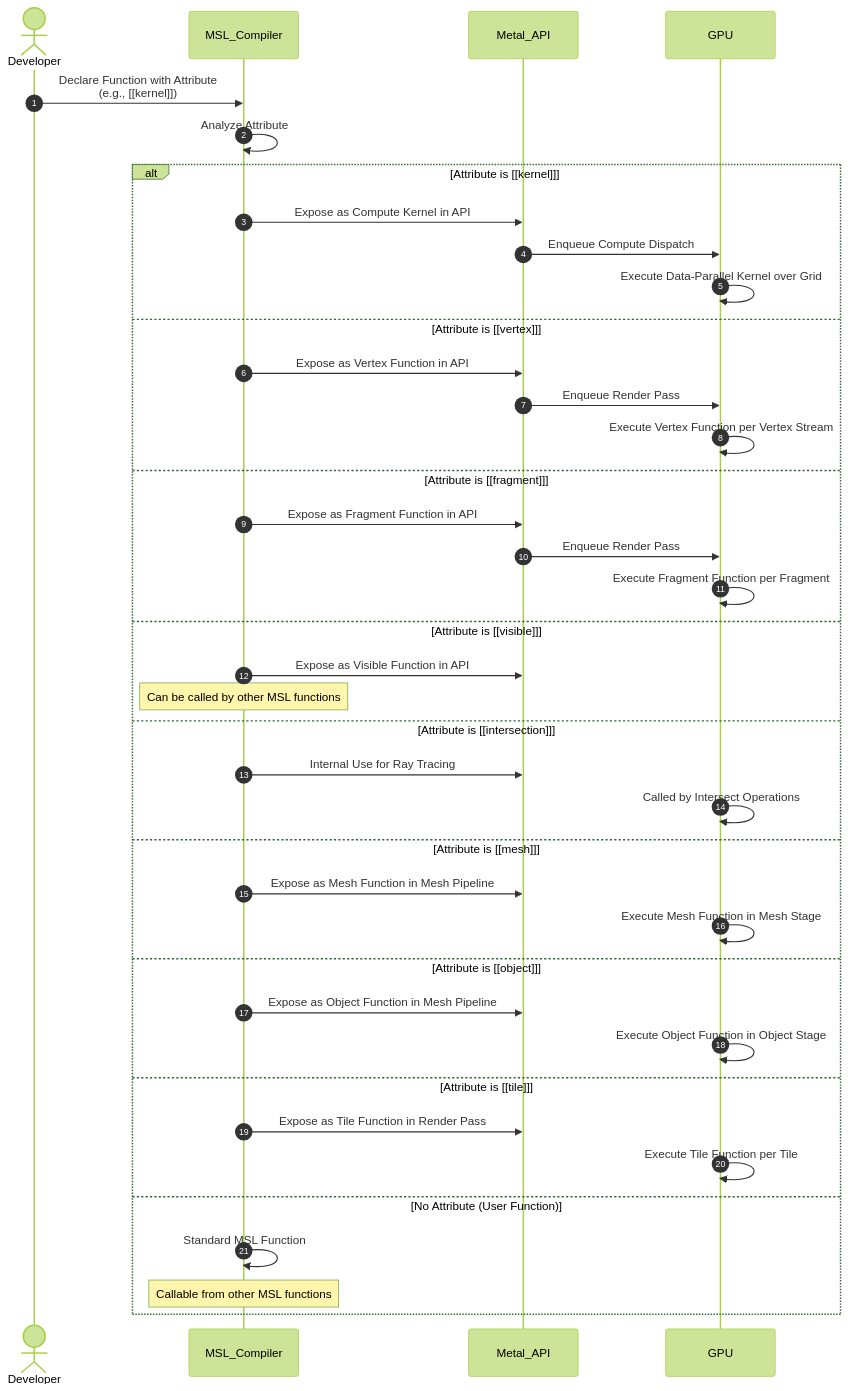
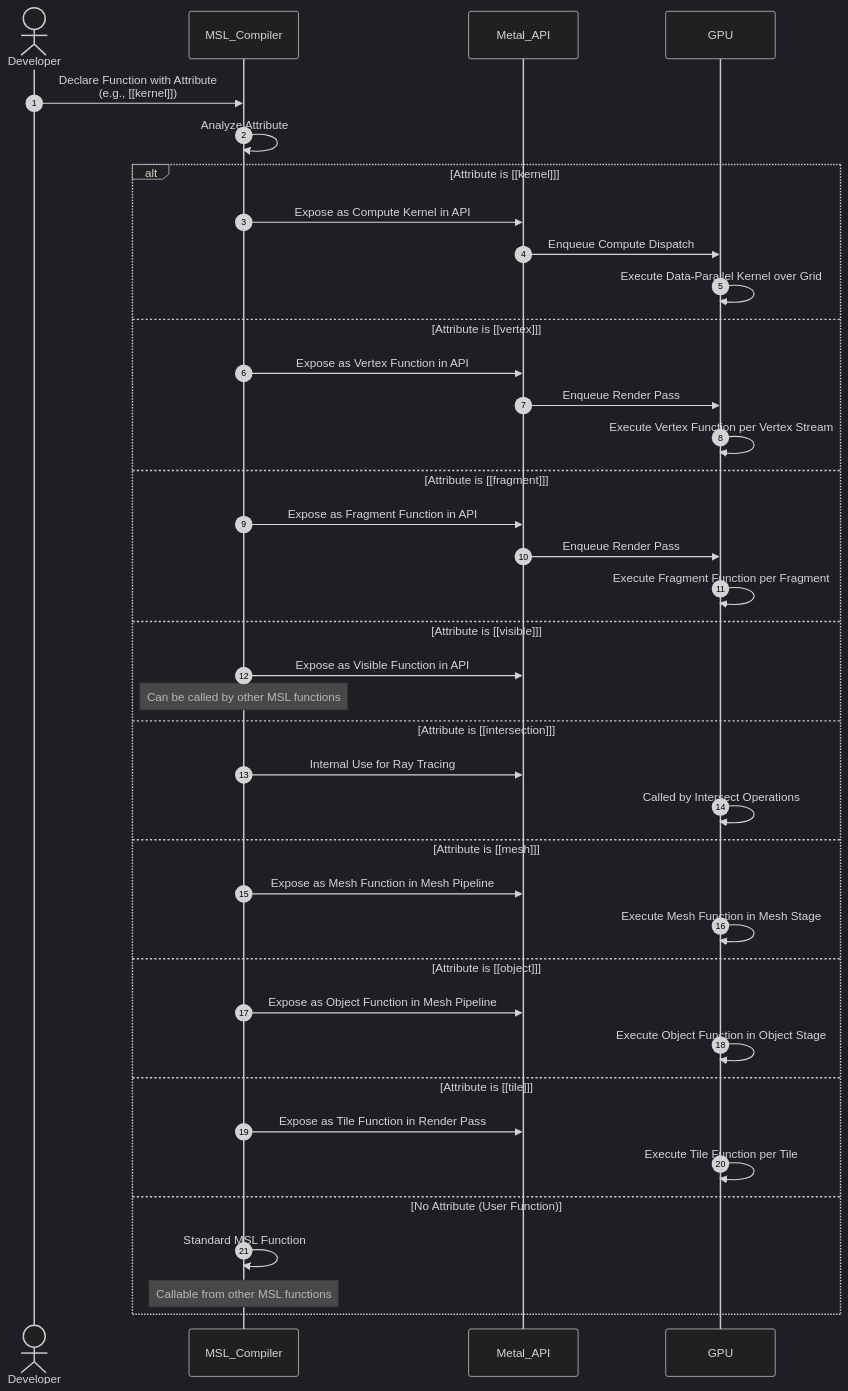
The sixth of 6 diagrams in Metal-Shading-Language-Specification-V3-2/Metal_Shading_Language_Specification_V3-2.md (CongLeSolutionX/iOS-development-vault), drawn with Mermaid before and after one commit.

````diff
--- a/Metal-Shading-Language-Specification-V3-2/Metal_Shading_Language_Specification_V3-2.md
+++ b/Metal-Shading-Language-Specification-V3-2/Metal_Shading_Language_Specification_V3-2.md
@@ -431,47 +431,48 @@
 ```mermaid
 ---
 config:
-  theme: forest
+  look: handDrawn
+  theme: dark
 ---
 sequenceDiagram
 	autonumber
     actor Developer
     participant MSL_Compiler
     participant Metal_API
     participant GPU
 
     Developer->>MSL_Compiler: Declare Function with Attribute<br>(e.g., [[kernel]])
     MSL_Compiler->>MSL_Compiler: Analyze Attribute
     alt Attribute is [[kernel]]
         MSL_Compiler->>Metal_API: Expose as Compute Kernel in API
         Metal_API->>GPU: Enqueue Compute Dispatch
         GPU->>GPU: Execute Data-Parallel Kernel over Grid
     else Attribute is [[vertex]]
         MSL_Compiler->>Metal_API: Expose as Vertex Function in API
         Metal_API->>GPU: Enqueue Render Pass
         GPU->>GPU: Execute Vertex Function per Vertex Stream
     else Attribute is [[fragment]]
         MSL_Compiler->>Metal_API: Expose as Fragment Function in API
         Metal_API->>GPU: Enqueue Render Pass
         GPU->>GPU: Execute Fragment Function per Fragment
     else Attribute is [[visible]]
         MSL_Compiler->>Metal_API: Expose as Visible Function in API
         Note over MSL_Compiler: Can be called by other MSL functions
     else Attribute is [[intersection]]
         MSL_Compiler->>Metal_API: Internal Use for Ray Tracing
         GPU->>GPU: Called by Intersect Operations
     else Attribute is [[mesh]]
         MSL_Compiler->>Metal_API: Expose as Mesh Function in Mesh Pipeline
         GPU->>GPU: Execute Mesh Function in Mesh Stage
     else Attribute is [[object]]
         MSL_Compiler->>Metal_API: Expose as Object Function in Mesh Pipeline
         GPU->>GPU: Execute Object Function in Object Stage
     else Attribute is [[tile]]
         MSL_Compiler->>Metal_API: Expose as Tile Function in Render Pass
         GPU->>GPU: Execute Tile Function per Tile
     else No Attribute (User Function)
         MSL_Compiler->>MSL_Compiler: Standard MSL Function
         Note over MSL_Compiler: Callable from other MSL functions
     end
     
 ```
````
